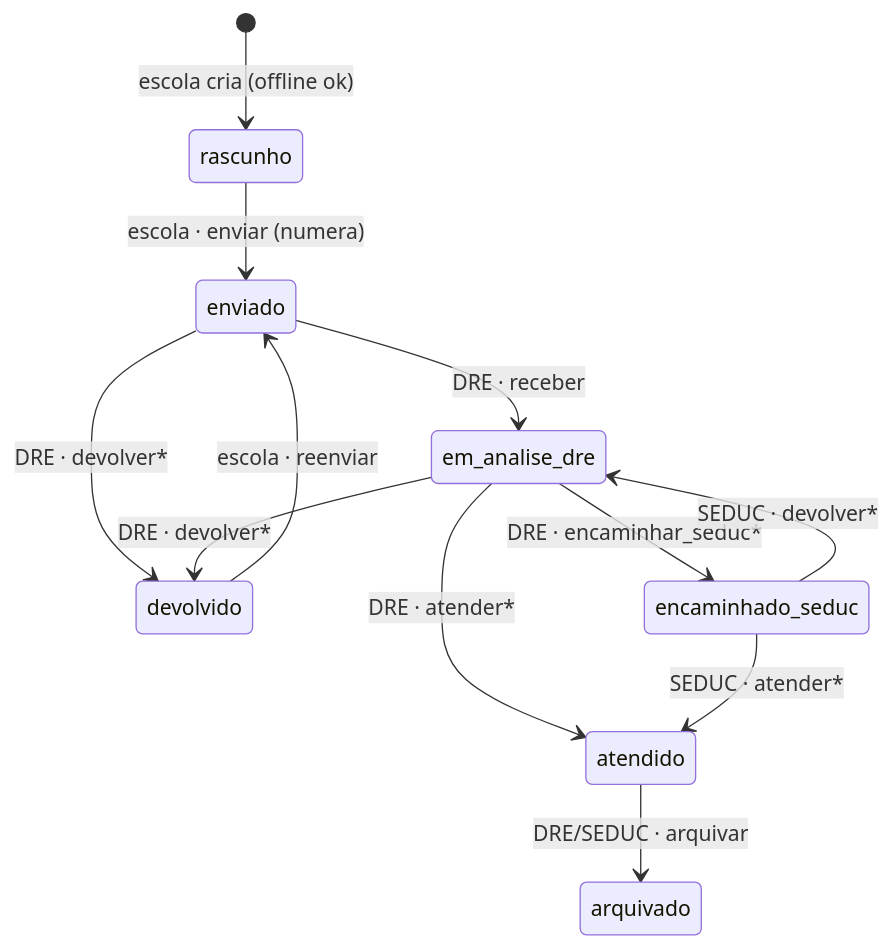
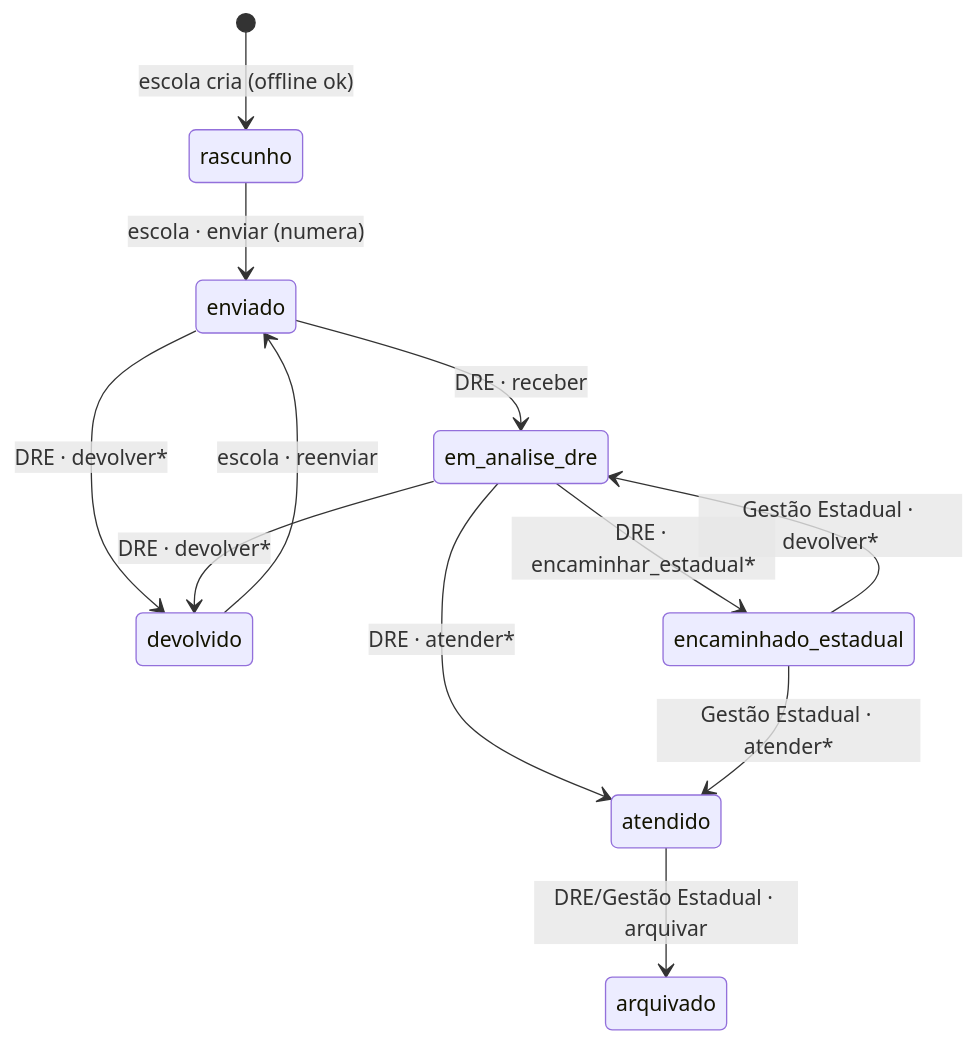
Before and after one commit to Danteifpa/Vigilia-escolar: the third of 3 diagrams in README.md, drawn with Mermaid. The commit also changed other lines of this file and 32 other files, not shown here.

First line of the commit message:
Retira o nome SEDUC do projeto; perfil estadual vira Gestão Estadual (#3)

````diff
--- a/README.md
+++ b/README.md
@@ -94,14 +94,14 @@
 ```mermaid
 stateDiagram-v2
   [*] --> rascunho: escola cria (offline ok)
   rascunho --> enviado: escola · enviar (numera)
   devolvido --> enviado: escola · reenviar
   enviado --> em_analise_dre: DRE · receber
   enviado --> devolvido: DRE · devolver*
   em_analise_dre --> devolvido: DRE · devolver*
-  em_analise_dre --> encaminhado_seduc: DRE · encaminhar_seduc*
+  em_analise_dre --> encaminhado_estadual: DRE · encaminhar_estadual*
   em_analise_dre --> atendido: DRE · atender*
-  encaminhado_seduc --> em_analise_dre: SEDUC · devolver*
-  encaminhado_seduc --> atendido: SEDUC · atender*
-  atendido --> arquivado: DRE/SEDUC · arquivar
+  encaminhado_estadual --> em_analise_dre: Gestão Estadual · devolver*
+  encaminhado_estadual --> atendido: Gestão Estadual · atender*
+  atendido --> arquivado: DRE/Gestão Estadual · arquivar
 ```
````
